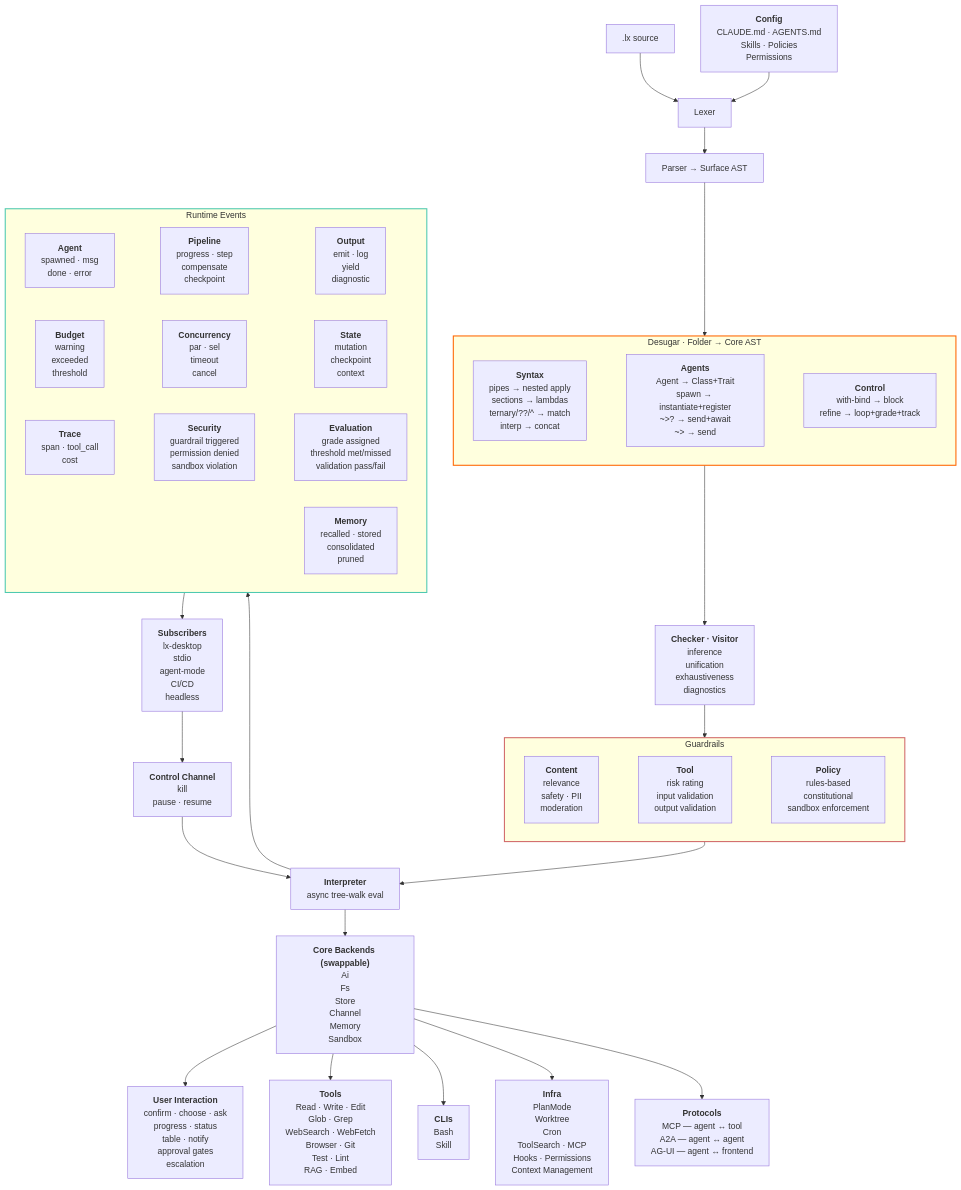
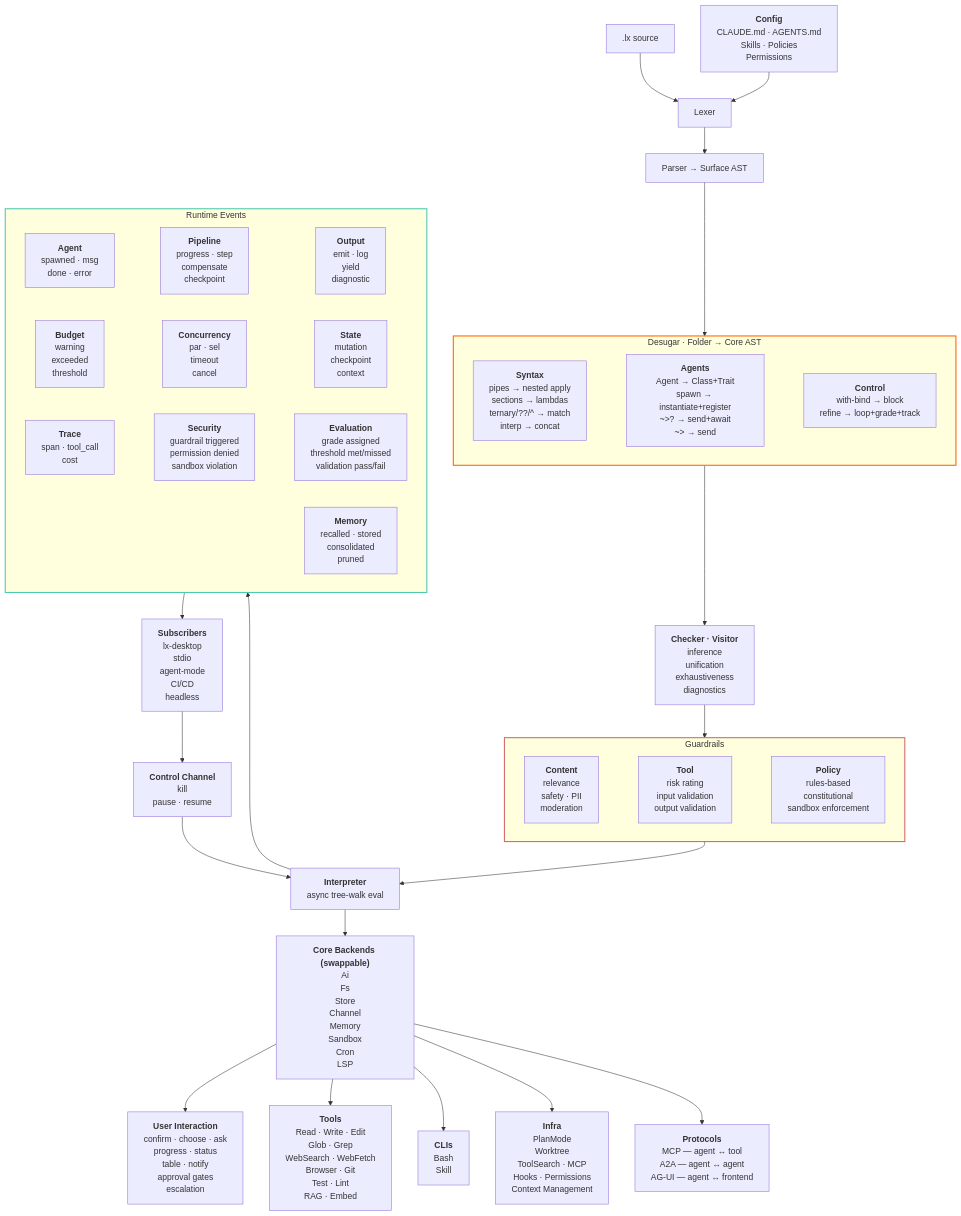
The diagram in DIAGRAM.mmd (Distortedlogic/lx), drawn with Mermaid before and after one commit. The commit also changed 7 other files, not shown here.

Commit message:
Update DIAGRAM.mmd, DIAGRAM.png, MERMAID_KNOWLEDGE.md, and 5 more files

```diff
--- a/DIAGRAM.mmd
+++ b/DIAGRAM.mmd
@@ -1,155 +1,156 @@
 graph TD
     source[".lx source"]
     config["`**Config**
 CLAUDE.md · AGENTS.md
 Skills · Policies
 Permissions`"]
     source --> lexer["Lexer"]:::orange
     config --> lexer
     lexer --> parser["Parser → Surface AST"]:::orange
     parser --> desugars
 
     subgraph desugars ["Desugar · Folder → Core AST"]
         direction LR
         ds_syntax["`**Syntax**
 pipes → nested apply
 sections → lambdas
 ternary/??/^ → match
 interp → concat`"]:::orange
         ds_agents["`**Agents**
 Agent → Class+Trait
 spawn → instantiate+register
 ~>? → send+await
 ~> → send`"]:::orange
         ds_control["`**Control**
 with-bind → block
 refine → loop+grade+track`"]:::orange
         ds_syntax ~~~ ds_agents ~~~ ds_control
     end
 
     desugars --> checker["`**Checker · Visitor**
 inference
 unification
 exhaustiveness
 diagnostics`"]:::yellow
     checker --> guardrails
 
     subgraph guardrails ["Guardrails"]
         direction LR
         gr_content["`**Content**
 relevance
 safety · PII
 moderation`"]:::red
         gr_tool["`**Tool**
 risk rating
 input validation
 output validation`"]:::red
         gr_policy["`**Policy**
 rules-based
 constitutional
 sandbox enforcement`"]:::red
         gr_content ~~~ gr_tool ~~~ gr_policy
     end
 
     guardrails --> interpreter["`**Interpreter**
 async tree-walk eval`"]:::purple
 
     interpreter --> backends["`**Core Backends (swappable)**
 Ai
 Fs
 Store
 Channel
 Memory
-Sandbox`"]:::blue
+Sandbox
+Cron
+LSP`"]:::blue
     interpreter --> events
 
     backends --> user["`**User Interaction**
 confirm · choose · ask
 progress · status
 table · notify
 approval gates
 escalation`"]:::bluelight
 
     subgraph events ["Runtime Events"]
         direction LR
         evt_agent["`**Agent**
 spawned · msg
 done · error`"]:::teal
         evt_pipeline["`**Pipeline**
 progress · step
 compensate
 checkpoint`"]:::teal
         evt_output["`**Output**
 emit · log
 yield
 diagnostic`"]:::teal
         evt_budget["`**Budget**
 warning
 exceeded
 threshold`"]:::teal
         evt_concurrency["`**Concurrency**
 par · sel
 timeout
 cancel`"]:::teal
         evt_state["`**State**
 mutation
 checkpoint
 context`"]:::teal
         evt_trace["`**Trace**
 span · tool_call
 cost`"]:::teal
         evt_security["`**Security**
 guardrail triggered
 permission denied
 sandbox violation`"]:::teal
         evt_eval["`**Evaluation**
 grade assigned
 threshold met/missed
 validation pass/fail`"]:::teal
         evt_memory["`**Memory**
 recalled · stored
 consolidated
 pruned`"]:::teal
         evt_agent ~~~ evt_pipeline ~~~ evt_output
         evt_budget ~~~ evt_concurrency ~~~ evt_state
         evt_trace ~~~ evt_security ~~~ evt_eval
     end
 
     backends --> tools["`**Tools**
 Read · Write · Edit
 Glob · Grep
 WebSearch · WebFetch
 Browser · Git
 Test · Lint
 RAG · Embed`"]:::bluelight
     backends --> clis["`**CLIs**
 Bash
 Skill`"]:::bluelight
     backends --> infra["`**Infra**
 PlanMode
 Worktree
-Cron
 ToolSearch · MCP
 Hooks · Permissions
 Context Management`"]:::bluelight
 
     backends --> protocols["`**Protocols**
 MCP — agent ↔ tool
 A2A — agent ↔ agent
 AG-UI — agent ↔ frontend`"]:::bluelight
 
     events --> subs["`**Subscribers**
 lx-desktop
 stdio
 agent-mode
 CI/CD
 headless`"]:::teal
 
     subs --> control["`**Control Channel**
 kill
 pause · resume`"]:::teal
     control --> interpreter
 
     style desugars stroke:#ff6600,stroke-width:2px
     style guardrails stroke:#d16969,stroke-width:2px
     style events stroke:#4ec9b0,stroke-width:2px
```
